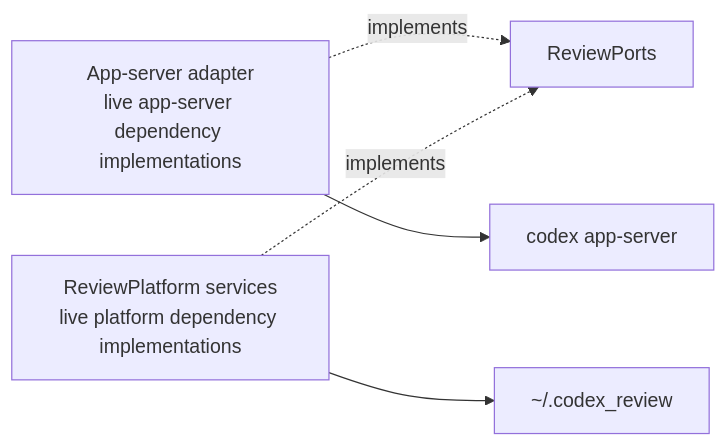
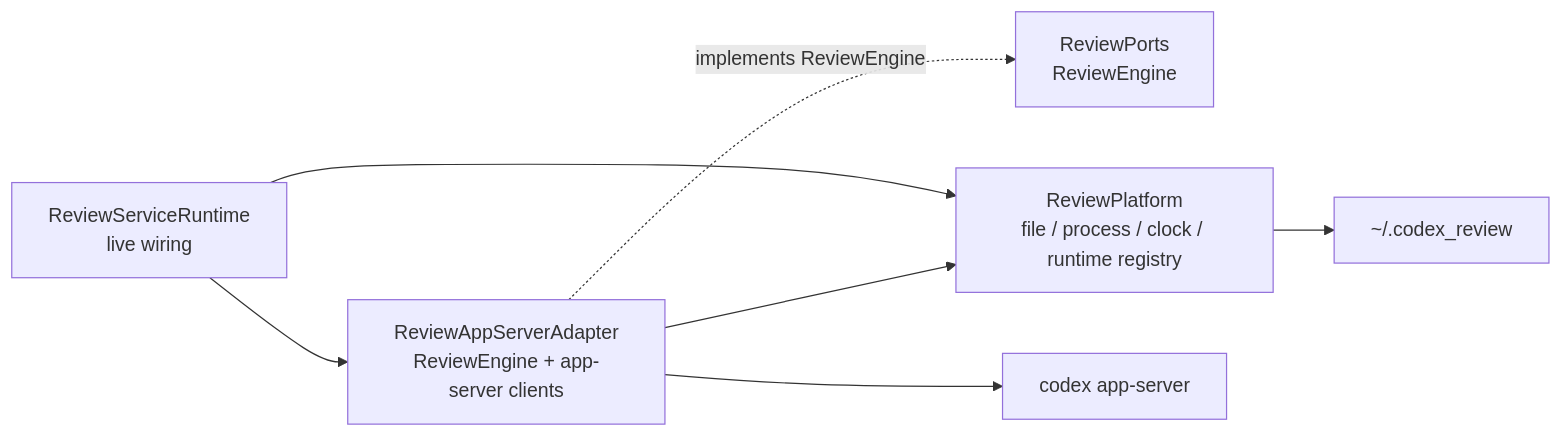
Before and after one commit to lynnswap/CodexReviewMCP: the fourth of 8 diagrams in Docs/architecture-overview.md, drawn with Mermaid. The commit also changed other lines of this file and 8 other files, not shown here.

Commit message:
refactor(ports): add review store and tool protocols

````diff
--- a/Docs/architecture-overview.md
+++ b/Docs/architecture-overview.md
@@ -153,13 +155,16 @@
 ```mermaid
 flowchart LR
-    Dependencies["ReviewPorts"]
-    AppServerAdapter["App-server adapter<br/>live app-server dependency implementations"]
-    PlatformServices["ReviewPlatform services<br/>live platform dependency implementations"]
+    Dependencies["ReviewPorts<br/>ReviewEngine"]
+    AppServerAdapter["ReviewAppServerAdapter<br/>ReviewEngine + app-server clients"]
+    Runtime["ReviewServiceRuntime<br/>live wiring"]
+    PlatformServices["ReviewPlatform<br/>file / process / clock / runtime registry"]
     AppServer["codex app-server"]
     Files["~/.codex_review"]
 
-    AppServerAdapter -.->|implements| Dependencies
-    PlatformServices -.->|implements| Dependencies
+    AppServerAdapter -.->|implements ReviewEngine| Dependencies
+    Runtime --> AppServerAdapter
+    Runtime --> PlatformServices
+    AppServerAdapter --> PlatformServices
     AppServerAdapter --> AppServer
     PlatformServices --> Files
 ```
````
